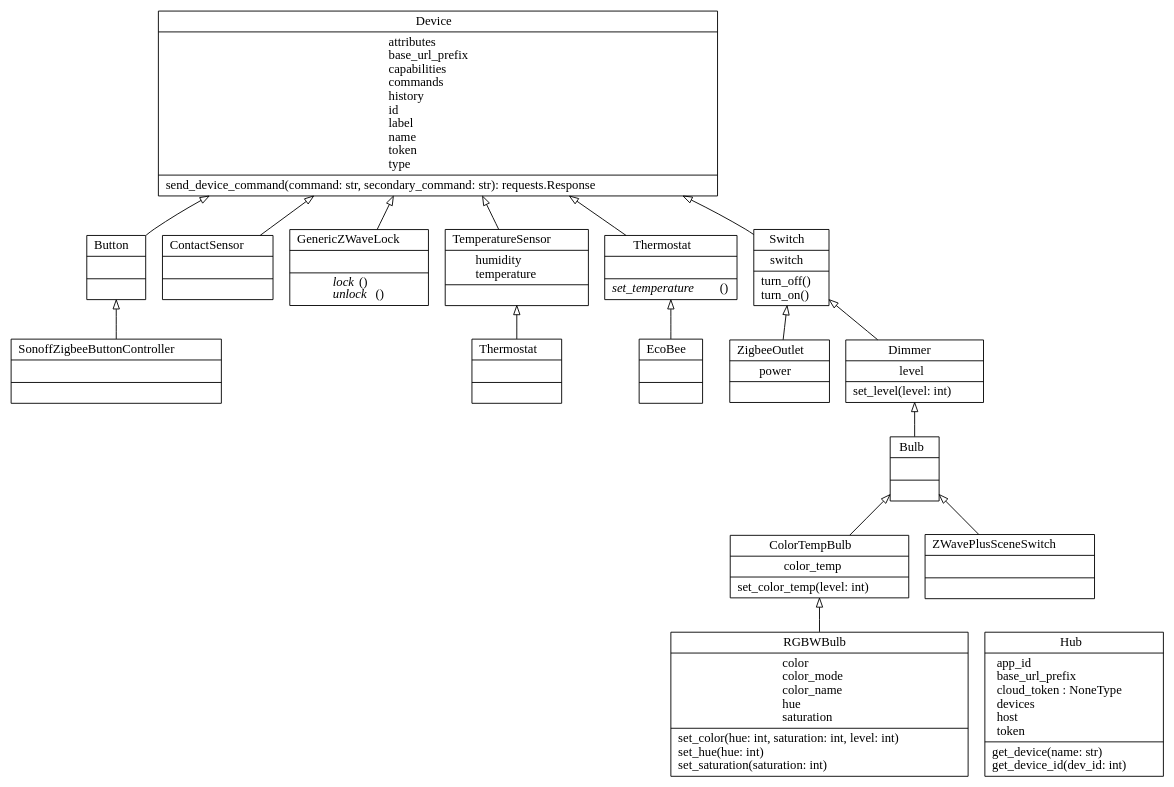
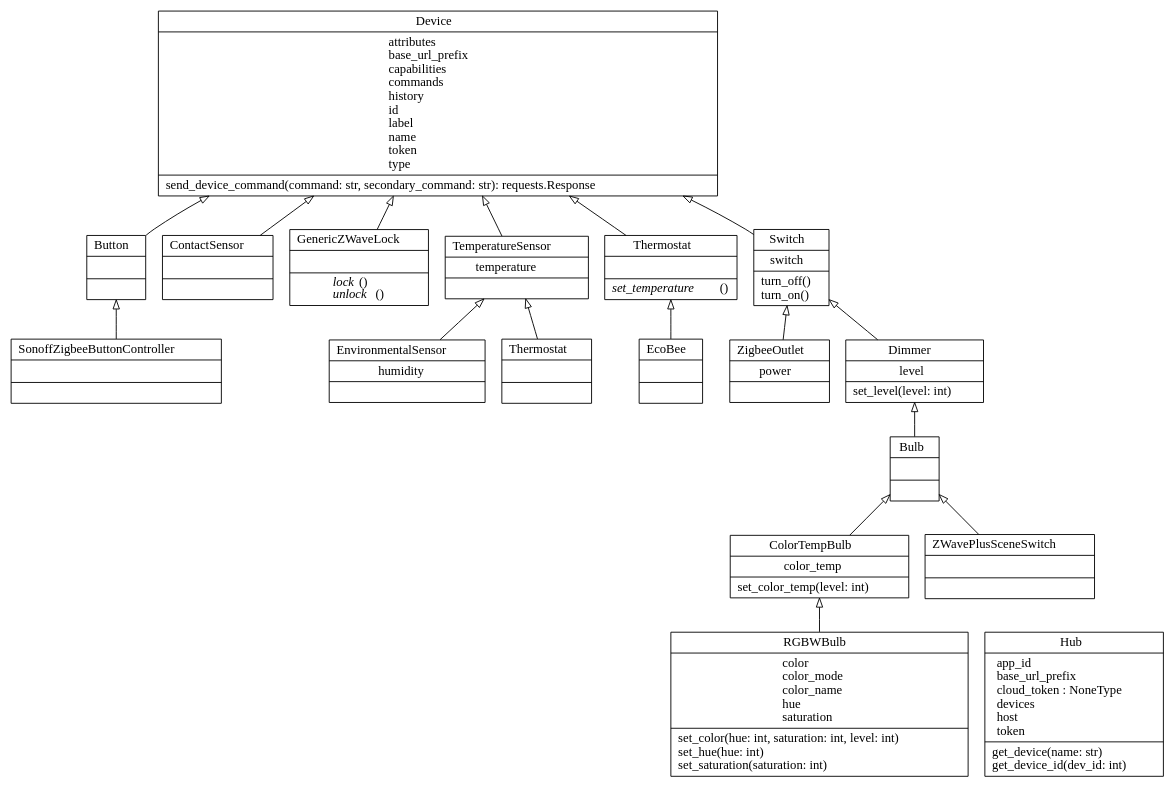
Before and after one commit to Jelloeater/hubitatcontrol: the diagram in docs/classes.dot, drawn with Graphviz. The commit also changed 6 other files, not shown here.

```diff
--- a/docs/classes.dot
+++ b/docs/classes.dot
@@ -1,36 +1,38 @@
 digraph "classes" {
 rankdir=BT
 charset="utf-8"
 "hubitatcontrol.lights.Bulb" [color="black", fontcolor="black", label=<{Bulb|<br ALIGN="LEFT"/>|}>, shape="record", style="solid"];
 "hubitatcontrol.generic.Button" [color="black", fontcolor="black", label=<{Button|<br ALIGN="LEFT"/>|}>, shape="record", style="solid"];
 "hubitatcontrol.lights.ColorTempBulb" [color="black", fontcolor="black", label=<{ColorTempBulb|color_temp<br ALIGN="LEFT"/>|set_color_temp(level: int)<br ALIGN="LEFT"/>}>, shape="record", style="solid"];
 "hubitatcontrol.sensors.ContactSensor" [color="black", fontcolor="black", label=<{ContactSensor|<br ALIGN="LEFT"/>|}>, shape="record", style="solid"];
 "hubitatcontrol.hub.Device" [color="black", fontcolor="black", label=<{Device|attributes<br ALIGN="LEFT"/>base_url_prefix<br ALIGN="LEFT"/>capabilities<br ALIGN="LEFT"/>commands<br ALIGN="LEFT"/>history<br ALIGN="LEFT"/>id<br ALIGN="LEFT"/>label<br ALIGN="LEFT"/>name<br ALIGN="LEFT"/>token<br ALIGN="LEFT"/>type<br ALIGN="LEFT"/>|send_device_command(command: str, secondary_command: str): requests.Response<br ALIGN="LEFT"/>}>, shape="record", style="solid"];
 "hubitatcontrol.lights.Dimmer" [color="black", fontcolor="black", label=<{Dimmer|level<br ALIGN="LEFT"/>|set_level(level: int)<br ALIGN="LEFT"/>}>, shape="record", style="solid"];
 "hubitatcontrol.generic.EcoBee" [color="black", fontcolor="black", label=<{EcoBee|<br ALIGN="LEFT"/>|}>, shape="record", style="solid"];
+"hubitatcontrol.sensors.EnvironmentalSensor" [color="black", fontcolor="black", label=<{EnvironmentalSensor|humidity<br ALIGN="LEFT"/>|}>, shape="record", style="solid"];
 "hubitatcontrol.generic.GenericZWaveLock" [color="black", fontcolor="black", label=<{GenericZWaveLock|<br ALIGN="LEFT"/>|<I>lock</I>()<br ALIGN="LEFT"/><I>unlock</I>()<br ALIGN="LEFT"/>}>, shape="record", style="solid"];
 "hubitatcontrol.hub.Hub" [color="black", fontcolor="black", label=<{Hub|app_id<br ALIGN="LEFT"/>base_url_prefix<br ALIGN="LEFT"/>cloud_token : NoneType<br ALIGN="LEFT"/>devices<br ALIGN="LEFT"/>host<br ALIGN="LEFT"/>token<br ALIGN="LEFT"/>|get_device(name: str)<br ALIGN="LEFT"/>get_device_id(dev_id: int)<br ALIGN="LEFT"/>}>, shape="record", style="solid"];
 "hubitatcontrol.lights.RGBWBulb" [color="black", fontcolor="black", label=<{RGBWBulb|color<br ALIGN="LEFT"/>color_mode<br ALIGN="LEFT"/>color_name<br ALIGN="LEFT"/>hue<br ALIGN="LEFT"/>saturation<br ALIGN="LEFT"/>|set_color(hue: int, saturation: int, level: int)<br ALIGN="LEFT"/>set_hue(hue: int)<br ALIGN="LEFT"/>set_saturation(saturation: int)<br ALIGN="LEFT"/>}>, shape="record", style="solid"];
 "hubitatcontrol.generic.SonoffZigbeeButtonController" [color="black", fontcolor="black", label=<{SonoffZigbeeButtonController|<br ALIGN="LEFT"/>|}>, shape="record", style="solid"];
 "hubitatcontrol.generic.Switch" [color="black", fontcolor="black", label=<{Switch|switch<br ALIGN="LEFT"/>|turn_off()<br ALIGN="LEFT"/>turn_on()<br ALIGN="LEFT"/>}>, shape="record", style="solid"];
-"hubitatcontrol.sensors.TemperatureSensor" [color="black", fontcolor="black", label=<{TemperatureSensor|humidity<br ALIGN="LEFT"/>temperature<br ALIGN="LEFT"/>|}>, shape="record", style="solid"];
+"hubitatcontrol.sensors.TemperatureSensor" [color="black", fontcolor="black", label=<{TemperatureSensor|temperature<br ALIGN="LEFT"/>|}>, shape="record", style="solid"];
 "hubitatcontrol.generic.Thermostat" [color="black", fontcolor="black", label=<{Thermostat|<br ALIGN="LEFT"/>|<I>set_temperature</I>()<br ALIGN="LEFT"/>}>, shape="record", style="solid"];
 "hubitatcontrol.environment.Thermostat" [color="black", fontcolor="black", label=<{Thermostat|<br ALIGN="LEFT"/>|}>, shape="record", style="solid"];
 "hubitatcontrol.lights.ZWavePlusSceneSwitch" [color="black", fontcolor="black", label=<{ZWavePlusSceneSwitch|<br ALIGN="LEFT"/>|}>, shape="record", style="solid"];
 "hubitatcontrol.generic.ZigbeeOutlet" [color="black", fontcolor="black", label=<{ZigbeeOutlet|power<br ALIGN="LEFT"/>|}>, shape="record", style="solid"];
 "hubitatcontrol.environment.Thermostat" -> "hubitatcontrol.sensors.TemperatureSensor" [arrowhead="empty", arrowtail="none"];
 "hubitatcontrol.generic.Button" -> "hubitatcontrol.hub.Device" [arrowhead="empty", arrowtail="none"];
 "hubitatcontrol.generic.EcoBee" -> "hubitatcontrol.generic.Thermostat" [arrowhead="empty", arrowtail="none"];
 "hubitatcontrol.generic.GenericZWaveLock" -> "hubitatcontrol.hub.Device" [arrowhead="empty", arrowtail="none"];
 "hubitatcontrol.generic.SonoffZigbeeButtonController" -> "hubitatcontrol.generic.Button" [arrowhead="empty", arrowtail="none"];
 "hubitatcontrol.generic.Switch" -> "hubitatcontrol.hub.Device" [arrowhead="empty", arrowtail="none"];
 "hubitatcontrol.generic.Thermostat" -> "hubitatcontrol.hub.Device" [arrowhead="empty", arrowtail="none"];
 "hubitatcontrol.generic.ZigbeeOutlet" -> "hubitatcontrol.generic.Switch" [arrowhead="empty", arrowtail="none"];
 "hubitatcontrol.lights.Bulb" -> "hubitatcontrol.lights.Dimmer" [arrowhead="empty", arrowtail="none"];
 "hubitatcontrol.lights.ColorTempBulb" -> "hubitatcontrol.lights.Bulb" [arrowhead="empty", arrowtail="none"];
 "hubitatcontrol.lights.Dimmer" -> "hubitatcontrol.generic.Switch" [arrowhead="empty", arrowtail="none"];
 "hubitatcontrol.lights.RGBWBulb" -> "hubitatcontrol.lights.ColorTempBulb" [arrowhead="empty", arrowtail="none"];
 "hubitatcontrol.lights.ZWavePlusSceneSwitch" -> "hubitatcontrol.lights.Bulb" [arrowhead="empty", arrowtail="none"];
 "hubitatcontrol.sensors.ContactSensor" -> "hubitatcontrol.hub.Device" [arrowhead="empty", arrowtail="none"];
+"hubitatcontrol.sensors.EnvironmentalSensor" -> "hubitatcontrol.sensors.TemperatureSensor" [arrowhead="empty", arrowtail="none"];
 "hubitatcontrol.sensors.TemperatureSensor" -> "hubitatcontrol.hub.Device" [arrowhead="empty", arrowtail="none"];
 }
```
